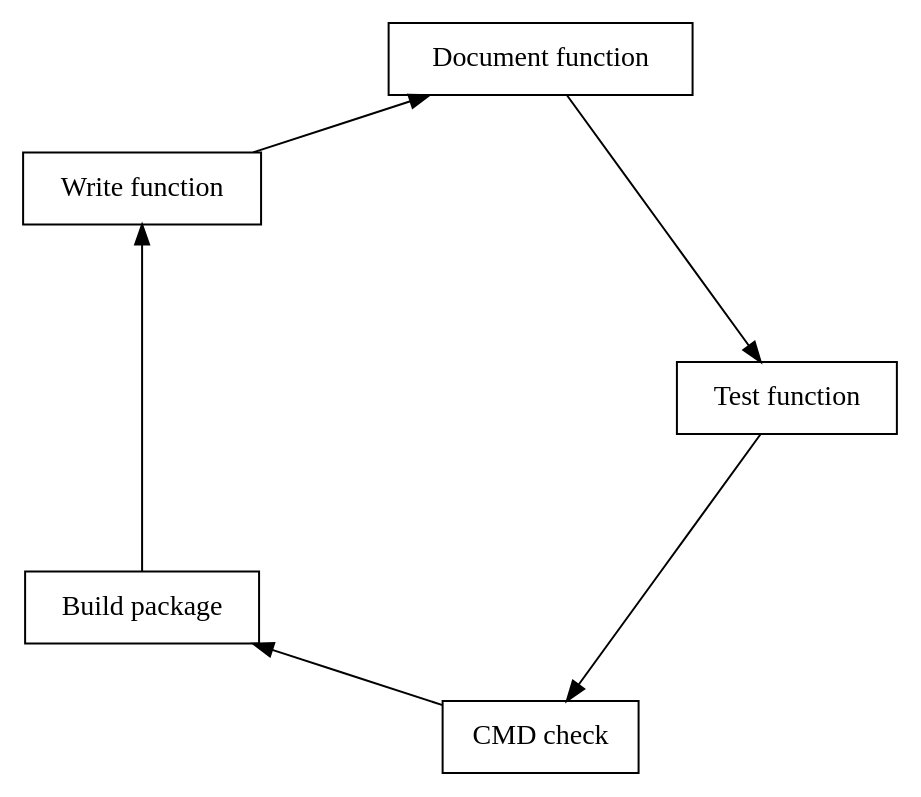
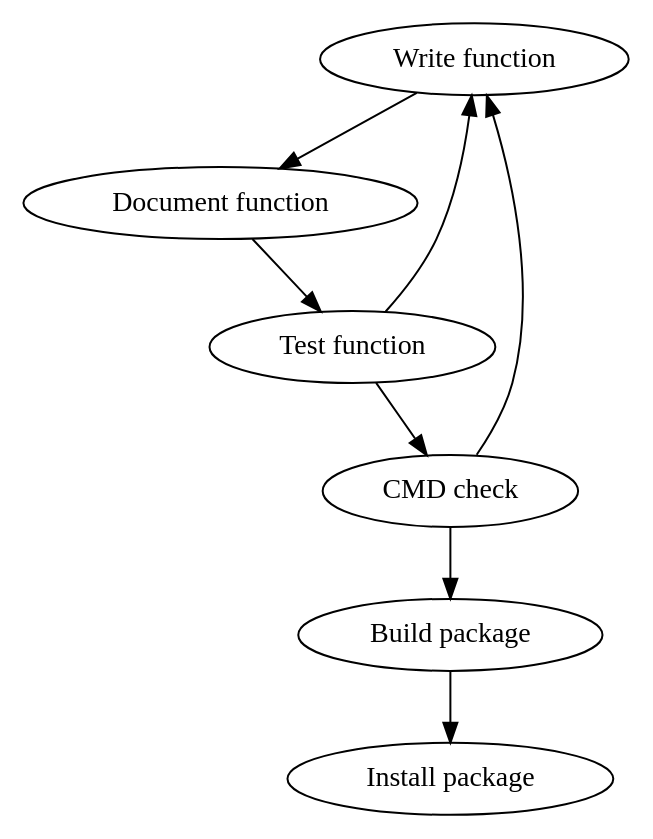
One commit to jfeldhege/peergroup_workshop changed the diagram in slides_02.qmd. Above: the diagram before and after it, drawn with Graphviz. The commit also changed other lines of this file and 9 other files, not shown here.

````diff
--- a/slides_02.qmd
+++ b/slides_02.qmd
@@ -387,19 +466,26 @@
 ```{dot}
 //| echo: false
 digraph g1 {
-layout="circo";
-node [shape = rectangle];
+layout = "dot";
+overlap = false
+node [shape = oval];
 
+D [label = "Write function"]  
+E [label = "Document function"]
+F [label = "Test function"]
 A [label = "CMD check"]
 B [label = "Build package"] 
-C [label = "Write function"]  
-D [label = "Document function"]
-E [label = "Test function"]
+C [label = "Install package"]
 
+
+D -> E ; 
+E -> F ;
+F -> D ;
+
+F -> A ;
+A -> D ;
 A -> B ;
 B -> C ;
-C -> D ;
-D -> E ;
-E -> A ;
+
 }
 ```
````
